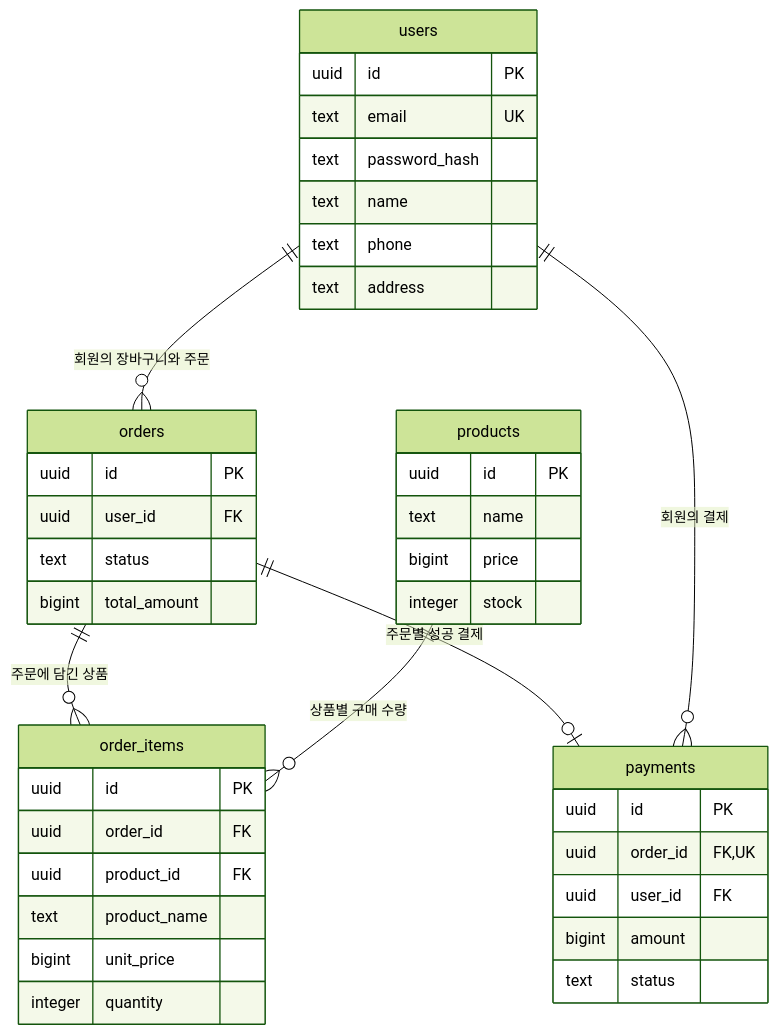
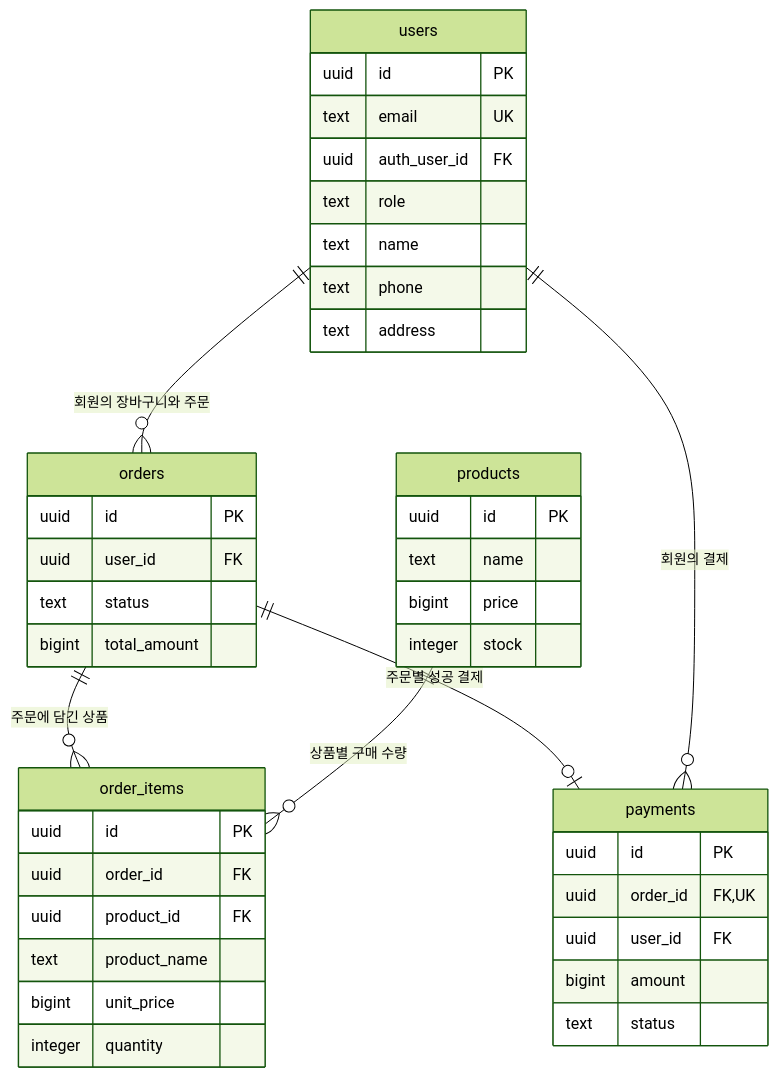
One commit to kjw056340-jpg/AI4 changed the diagram in day11_1/erd.mmd. Above: the diagram before and after it, drawn with Mermaid (forest theme). The commit also changed 29 other files, not shown here.

```diff
--- a/day11_1/erd.mmd
+++ b/day11_1/erd.mmd
@@ -1,42 +1,43 @@
 erDiagram
     users ||--o{ orders : "회원의 장바구니와 주문"
     orders ||--o{ order_items : "주문에 담긴 상품"
     products ||--o{ order_items : "상품별 구매 수량"
     orders ||--o| payments : "주문별 성공 결제"
     users ||--o{ payments : "회원의 결제"
 
     users {
         uuid id PK
         text email UK
-        text password_hash
+        uuid auth_user_id FK
+        text role
         text name
         text phone
         text address
     }
     products {
         uuid id PK
         text name
         bigint price
         integer stock
     }
     orders {
         uuid id PK
         uuid user_id FK
         text status
         bigint total_amount
     }
     order_items {
         uuid id PK
         uuid order_id FK
         uuid product_id FK
         text product_name
         bigint unit_price
         integer quantity
     }
     payments {
         uuid id PK
         uuid order_id FK,UK
         uuid user_id FK
         bigint amount
         text status
     }
```
